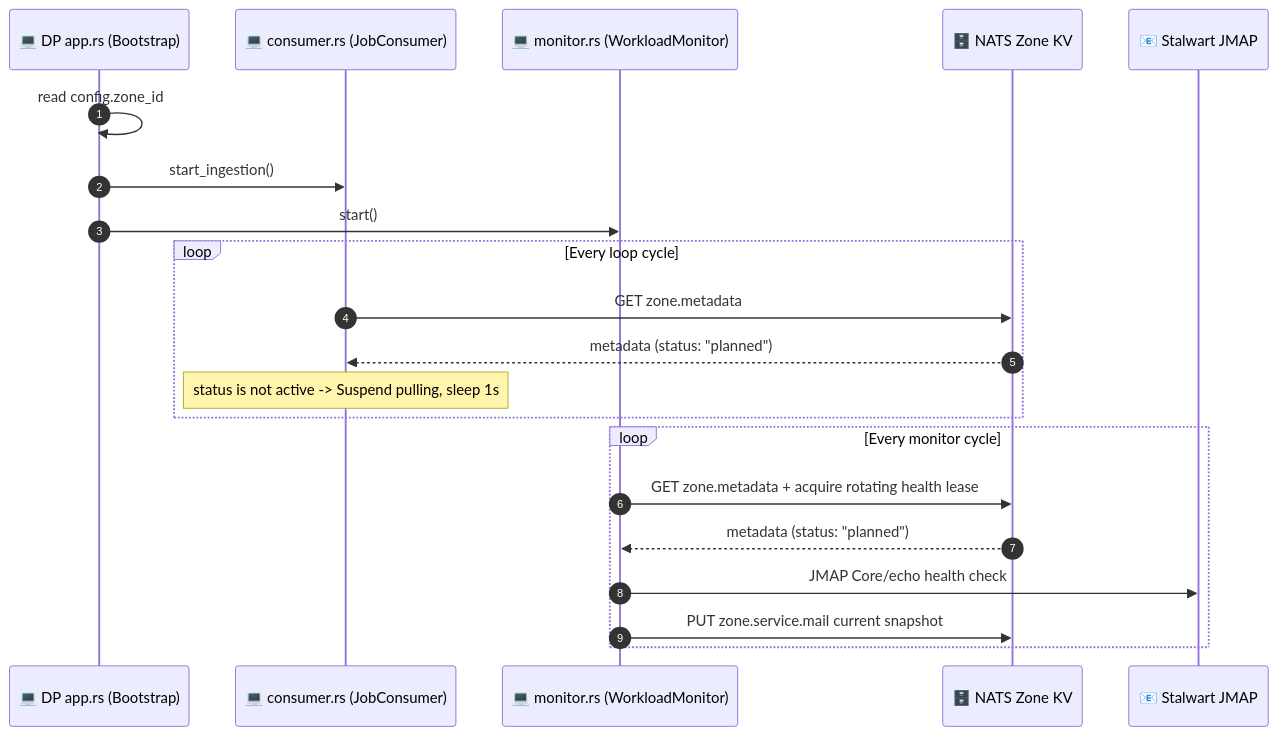
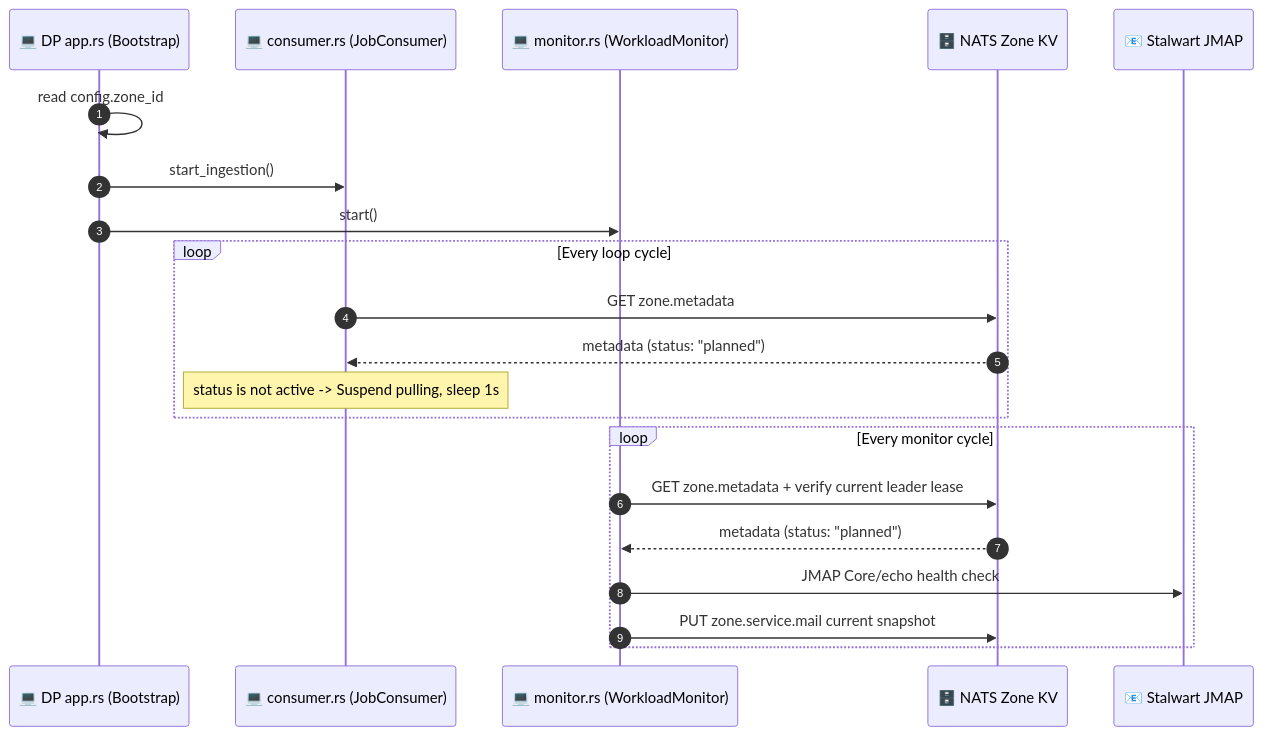
One commit to phucle996/aurora changed the fourth of 21 diagrams in god_view/hierarchy/zone_lifecycle_god_view.md. Above: the diagram before and after it, drawn with Mermaid. The commit also changed other lines of this file and 69 other files, not shown here.

Commit message:
feat: replace zone gateway with leader module to handle metadata synchronization and health monitoring

````diff
--- a/god_view/hierarchy/zone_lifecycle_god_view.md
+++ b/god_view/hierarchy/zone_lifecycle_god_view.md
@@ -287,26 +287,26 @@
 ```mermaid
 sequenceDiagram
     autonumber
     participant App as 💻 DP app.rs (Bootstrap)
     participant Consumer as 💻 consumer.rs (JobConsumer)
     participant Monitor as 💻 monitor.rs (WorkloadMonitor)
     participant KV as 🗄️ NATS Zone KV
     participant SW as 📧 Stalwart JMAP
 
     App->>App: read config.zone_id
     App->>Consumer: start_ingestion()
     App->>Monitor: start()
     
     loop Every loop cycle
         Consumer->>KV: GET zone.metadata
         KV-->>Consumer: metadata (status: "planned")
         Note over Consumer: status is not active -> Suspend pulling, sleep 1s
     end
 
     loop Every monitor cycle
-        Monitor->>KV: GET zone.metadata + acquire rotating health lease
+        Monitor->>KV: GET zone.metadata + verify current leader lease
         KV-->>Monitor: metadata (status: "planned")
         Monitor->>SW: JMAP Core/echo health check
         Monitor->>KV: PUT zone.service.mail current snapshot
     end
 ```
````
